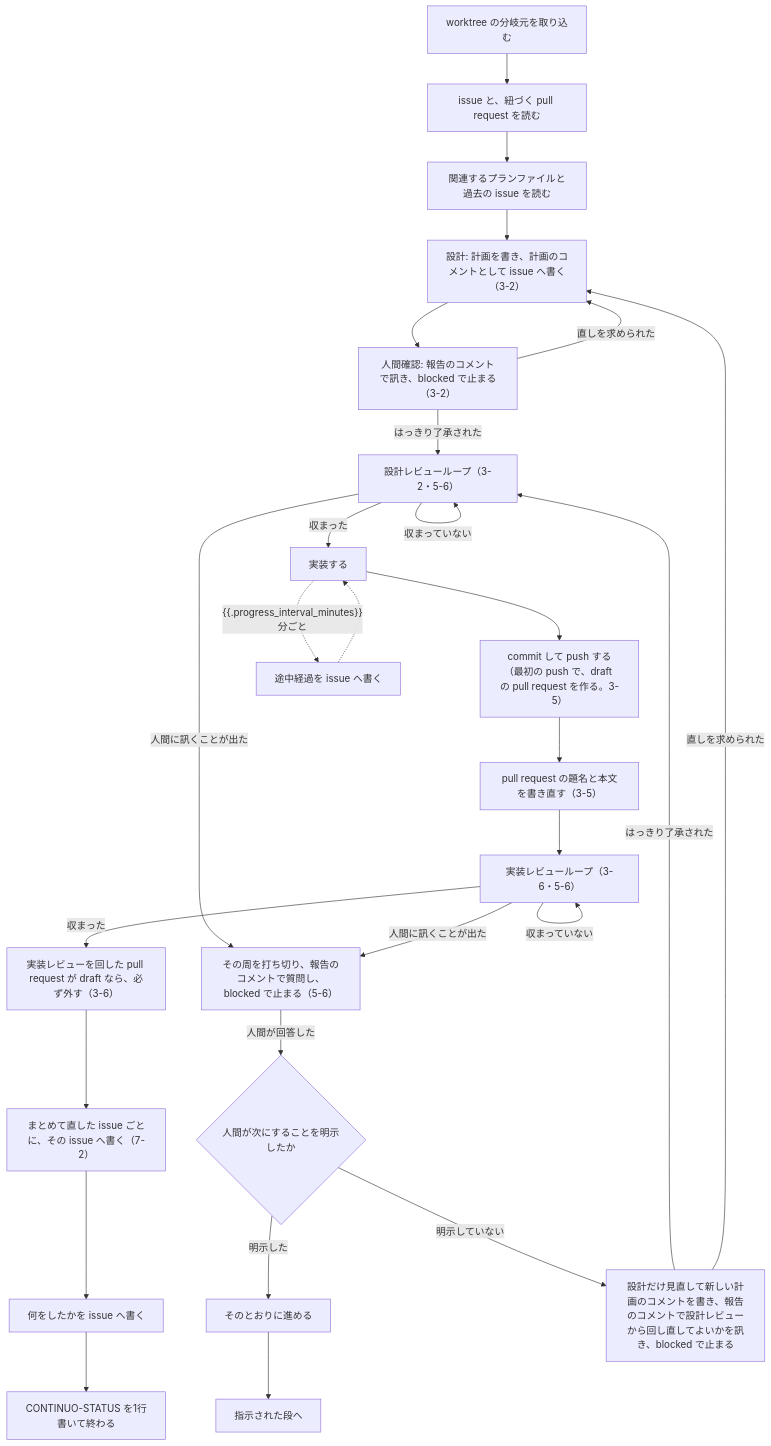
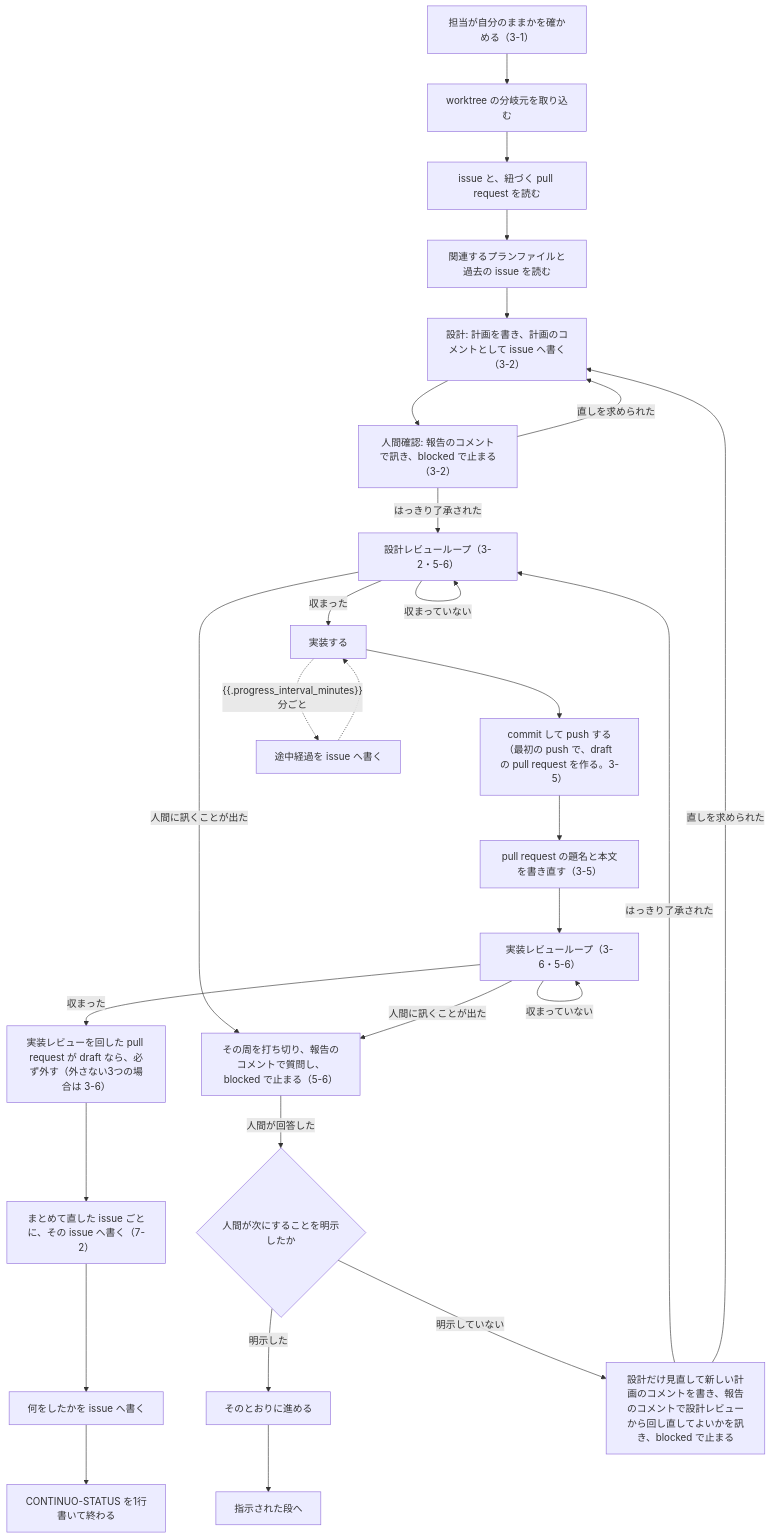
One commit to maimuzo/continuo changed the first of 2 diagrams in internal/prompt/builtin.md. Above: the diagram before and after it, drawn with Mermaid. The commit also changed other lines of this file and 6 other files, not shown here.

````diff
--- a/internal/prompt/builtin.md
+++ b/internal/prompt/builtin.md
@@ -19,29 +19,30 @@
 ```mermaid
 flowchart TD
-    Z["worktree の分岐元を取り込む"] --> A["issue と、紐づく pull request を読む"]
+    Y["担当が自分のままかを確かめる（3-1）"] --> Z["worktree の分岐元を取り込む"]
+    Z --> A["issue と、紐づく pull request を読む"]
     A --> B["関連するプランファイルと過去の issue を読む"]
     B --> C["設計: 計画を書き、計画のコメントとして issue へ書く（3-2）"]
     C --> HC["人間確認: 報告のコメントで訊き、blocked で止まる（3-2）"]
     HC -- "はっきり了承された" --> D["設計レビューループ（3-2・5-6）"]
     HC -- "直しを求められた" --> C
     D -- "収まっていない" --> D
     D -- "収まった" --> F["実装する"]
     F --> G["commit して push する（最初の push で、draft の pull request を作る。3-5）"]
     G --> H["pull request の題名と本文を書き直す（3-5）"]
     H --> I["実装レビューループ（3-6・5-6）"]
     I -- "収まっていない" --> I
-    I -- "収まった" --> P["実装レビューを回した pull request が draft なら、必ず外す（3-6）"]
+    I -- "収まった" --> P["実装レビューを回した pull request が draft なら、必ず外す（外さない3つの場合は 3-6）"]
     P --> J2["まとめて直した issue ごとに、その issue へ書く（7-2）"]
     J2 --> K["何をしたかを issue へ書く"]
     K --> L["CONTINUO-STATUS を1行書いて終わる"]
     D -- "人間に訊くことが出た" --> Q["その周を打ち切り、報告のコメントで質問し、blocked で止まる（5-6）"]
     I -- "人間に訊くことが出た" --> Q
     Q -- "人間が回答した" --> R{"人間が次にすることを明示したか"}
     R -- "明示した" --> R1["そのとおりに進める"]
     R1 --> R1S["指示された段へ"]
     R -- "明示していない" --> R2["設計だけ見直して新しい計画のコメントを書き、報告のコメントで設計レビューから回し直してよいかを訊き、blocked で止まる"]
     R2 -- "はっきり了承された" --> D
     R2 -- "直しを求められた" --> C
     F -. "{{.progress_interval_minutes}}分ごと" .-> M["途中経過を issue へ書く"]
     M -.-> F
 ```
````
